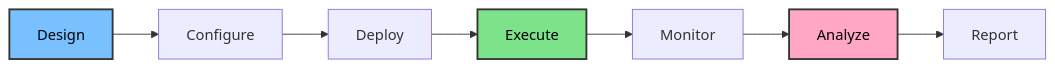
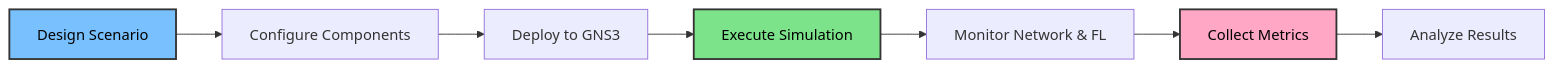
The first of 2 diagrams in docs/docs/user-guide/running-experiments.md (abdulmeLINK/flopy-net), drawn with Mermaid before and after one commit. The commit also changed other lines of this file and 42 other files, not shown here.

````diff
--- a/docs/docs/user-guide/running-experiments.md
+++ b/docs/docs/user-guide/running-experiments.md
@@ -11,13 +15,13 @@
 ```mermaid
 graph LR
-    A[Design] --> B[Configure]
-    B --> C[Deploy]
-    C --> D[Execute]
-    D --> E[Monitor]
-    E --> F[Analyze]
-    F --> G[Report]
+    A[Design Scenario] --> B[Configure Components]
+    B --> C[Deploy to GNS3]
+    C --> D[Execute Simulation]
+    D --> E[Monitor Network & FL]
+    E --> F[Collect Metrics]
+    F --> G[Analyze Results]
     
     style A fill:#79c0ff,stroke:#333,stroke-width:2px,color:#000
     style D fill:#7ce38b,stroke:#333,stroke-width:2px,color:#000
     style F fill:#ffa7c4,stroke:#333,stroke-width:2px,color:#000
 ```
````
